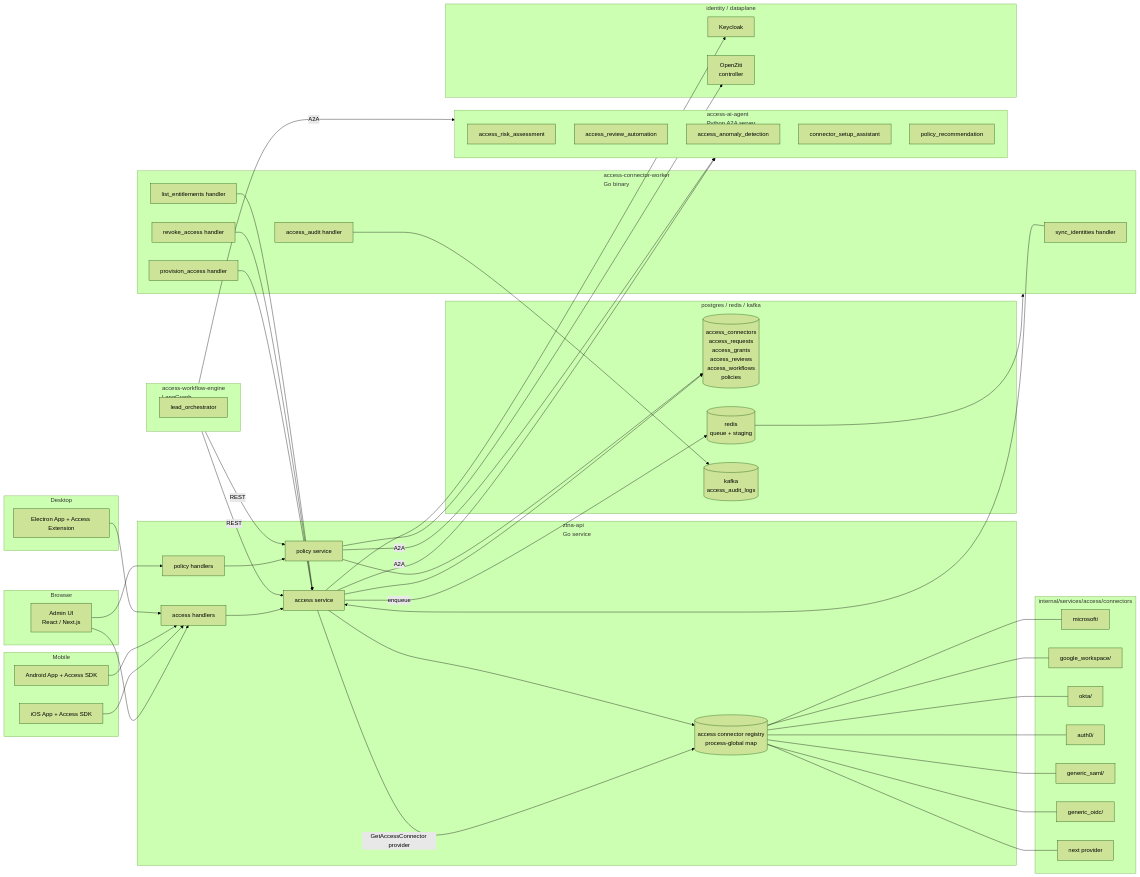
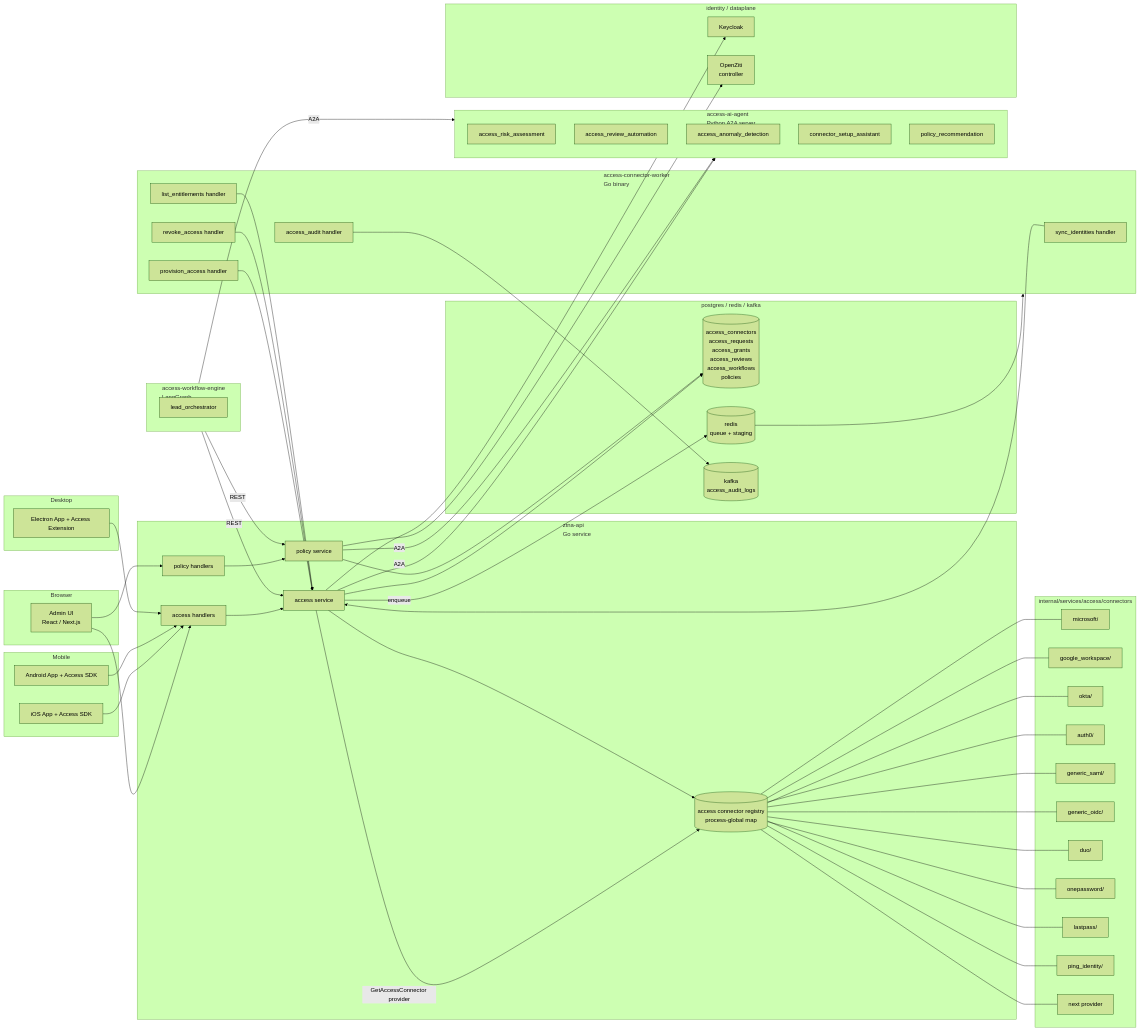
Before and after one commit to kennguy3n/cautious-fishstick: the first of 9 diagrams in docs/ARCHITECTURE.md, drawn with Mermaid (forest theme). The commit also changed other lines of this file and 35 other files, not shown here.

```diff
--- a/docs/ARCHITECTURE.md
+++ b/docs/ARCHITECTURE.md
@@ -39,6 +39,10 @@
         AUTH0[auth0/]
         SAML[generic_saml/]
         OIDC[generic_oidc/]
+        DUO[duo/]
+        ONEPW[onepassword/]
+        LASTPW[lastpass/]
+        PING[ping_identity/]
         FUTURE[next provider]
     end
 
@@ -82,7 +86,7 @@
     AH --> SVC
     PH --> PSVC
     SVC --> REG
-    REG --- M365 & GW & OKTA & AUTH0 & SAML & OIDC & FUTURE
+    REG --- M365 & GW & OKTA & AUTH0 & SAML & OIDC & DUO & ONEPW & LASTPW & PING & FUTURE
     SVC --> PG
     PSVC --> PG
     SVC -->|enqueue| REDIS
```
